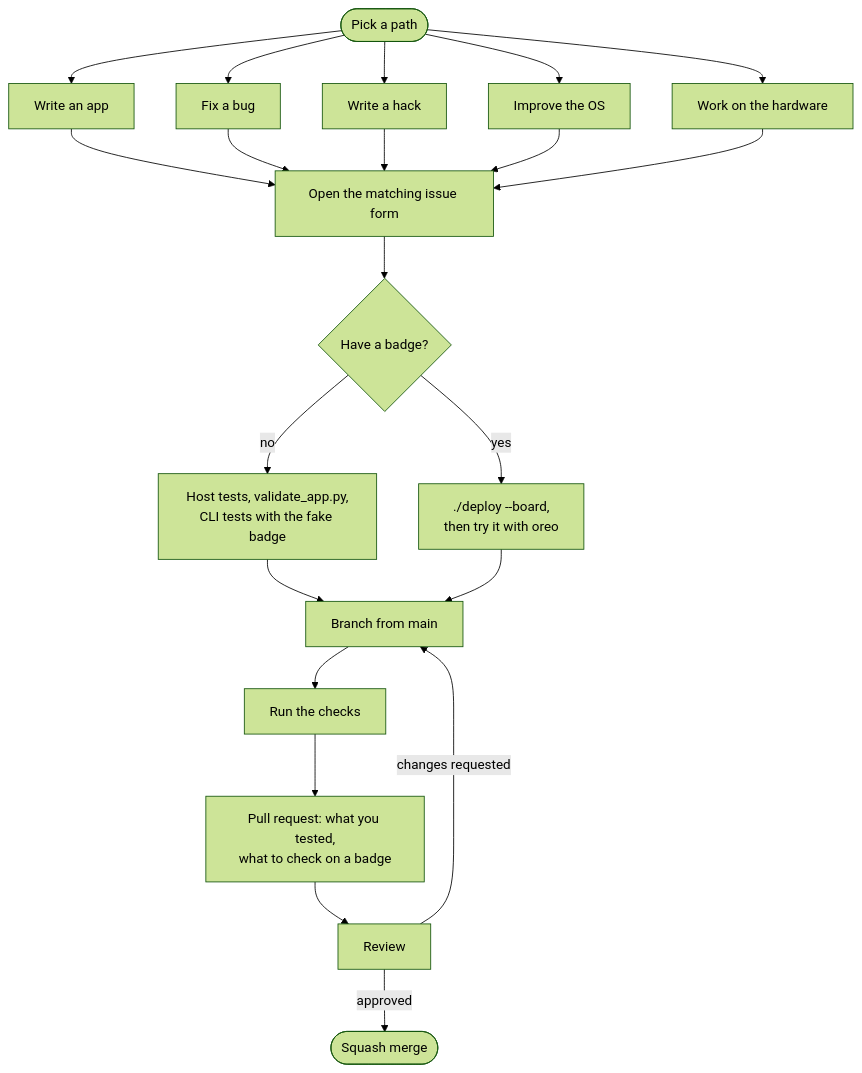
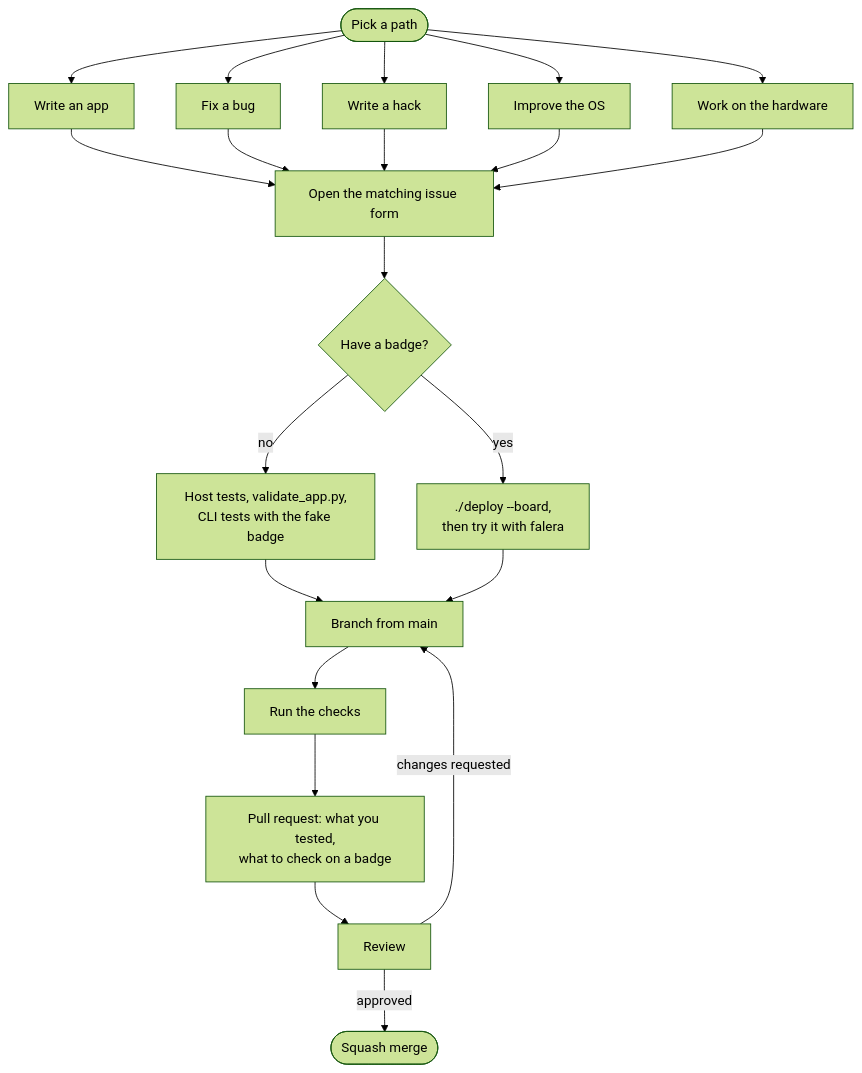
Before and after one commit to elixpo/oreo: the second of 2 diagrams in CONTRIBUTING.md, drawn with Mermaid (forest theme). The commit also changed other lines of this file and 449 other files, not shown here.

First line of the commit message:
Rebrand: OreoOS is now FaleraOS, the panda is Lumi (#188)

````diff
--- a/CONTRIBUTING.md
+++ b/CONTRIBUTING.md
@@ -60,23 +60,23 @@
 ```mermaid
 flowchart TD
     start(["Pick a path"]) --> app["Write an app"]
     start --> bug["Fix a bug"]
     start --> hack["Write a hack"]
     start --> osx["Improve the OS"]
     start --> hw["Work on the hardware"]
     app --> form["Open the matching issue form"]
     bug --> form
     hack --> form
     osx --> form
     hw --> form
     form --> badge{"Have a badge?"}
     badge -->|"no"| host["Host tests, validate_app.py,<br/>CLI tests with the fake badge"]
-    badge -->|"yes"| device["./deploy --board,<br/>then try it with oreo"]
+    badge -->|"yes"| device["./deploy --board,<br/>then try it with falera"]
     host --> branch["Branch from main"]
     device --> branch
     branch --> checks["Run the checks"]
     checks --> pr["Pull request: what you tested,<br/>what to check on a badge"]
     pr --> review["Review"]
     review -->|"changes requested"| branch
     review -->|"approved"| merge(["Squash merge"])
 ```
````
